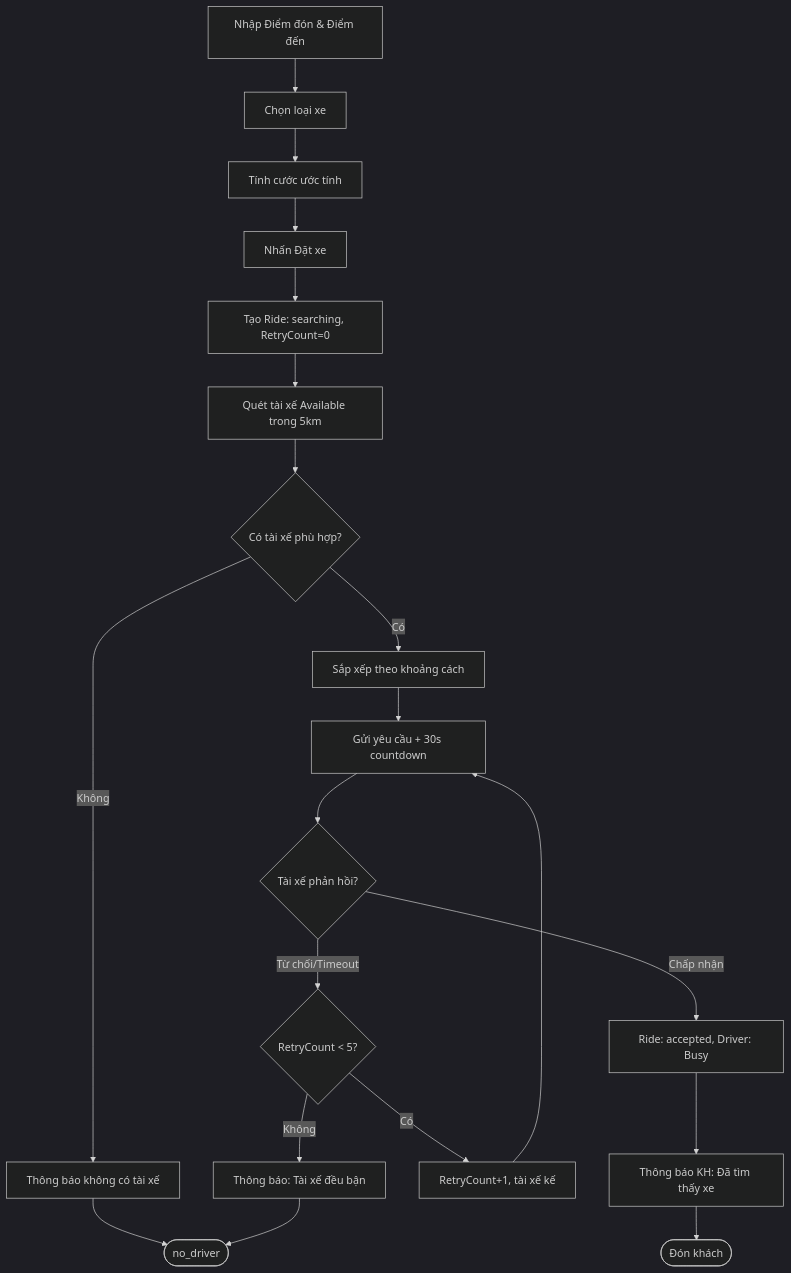
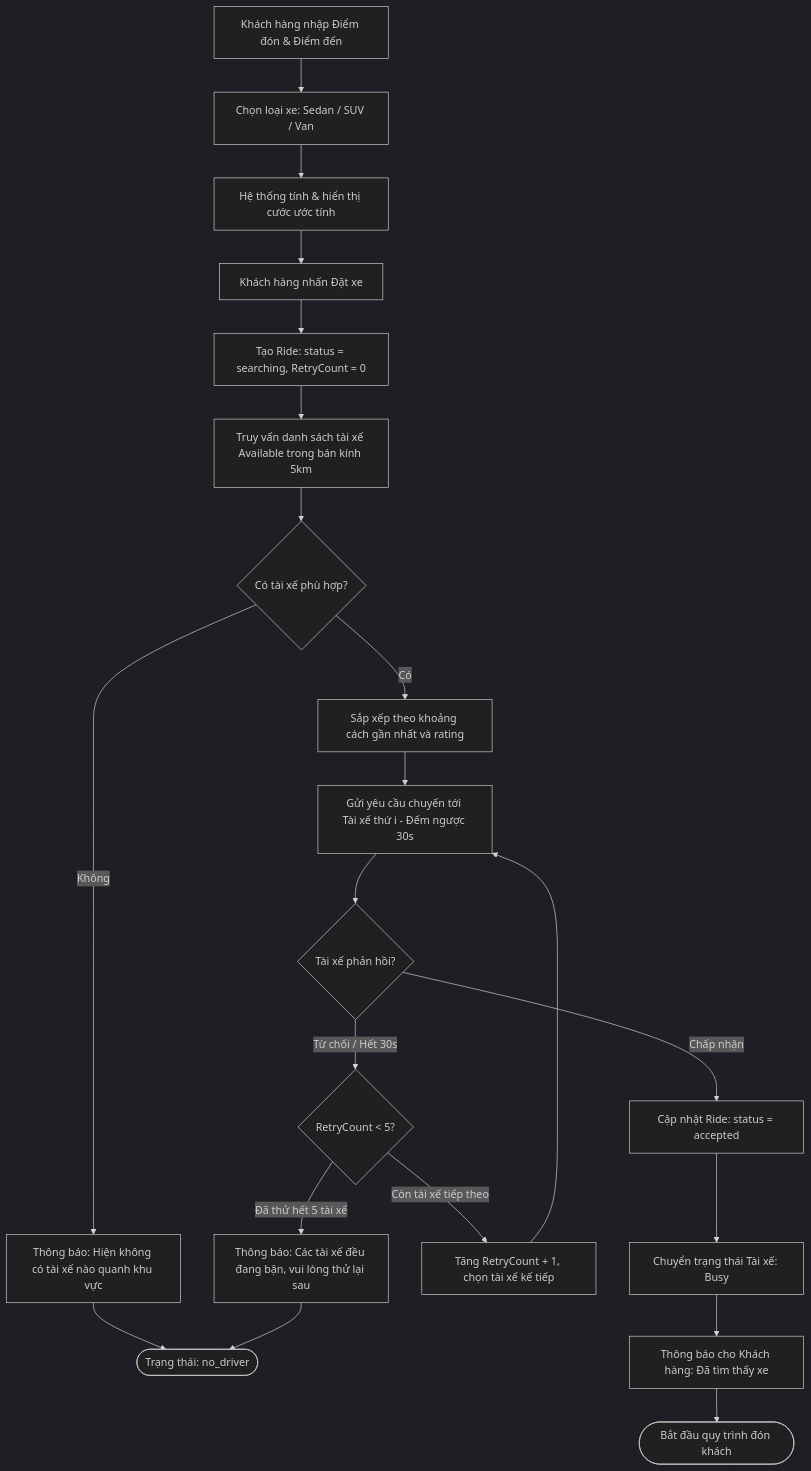
One commit to toru12030-netizen/23732061_MaiQuocHung_CabSystem changed the eighth of 16 diagrams in srs.md. Above: the diagram before and after it, drawn with Mermaid (dark theme). The commit also changed other lines of this file and 1 other file, not shown here.

Commit message:
Cập nhật nội dung srs

````diff
--- a/srs.md
+++ b/srs.md
@@ -452,22 +760,29 @@
 ```mermaid
 flowchart TD
-    A[Nhập Điểm đón & Điểm đến] --> B[Chọn loại xe]
-    B --> C[Tính cước ước tính]
-    C --> D[Nhấn Đặt xe]
-    D --> E[Tạo Ride: searching, RetryCount=0]
-    E --> F[Quét tài xế Available trong 5km]
+    A[Khách hàng nhập Điểm đón & Điểm đến] --> B[Chọn loại xe: Sedan / SUV / Van]
+    B --> C[Hệ thống tính & hiển thị cước ước tính]
+    C --> D[Khách hàng nhấn Đặt xe]
+    D --> E[Tạo Ride: status = searching, RetryCount = 0]
+    
+    E --> F[Truy vấn danh sách tài xế Available trong bán kính 5km]
     F --> G{Có tài xế phù hợp?}
-    G -- Không --> NoDrv[Thông báo không có tài xế]
-    NoDrv --> EndFail([no_driver])
-    G -- Có --> SortDrv[Sắp xếp theo khoảng cách]
-    SortDrv --> SendReq[Gửi yêu cầu + 30s countdown]
+    
+    G -- Không --> NoDrv[Thông báo: Hiện không có tài xế nào quanh khu vực]
+    NoDrv --> EndFail([Trạng thái: no_driver])
+    
+    G -- Có --> SortDrv[Sắp xếp theo khoảng cách gần nhất và rating]
+    SortDrv --> SendReq[Gửi yêu cầu chuyến tới Tài xế thứ i - Đếm ngược 30s]
+    
     SendReq --> WaitResp{Tài xế phản hồi?}
-    WaitResp -- Chấp nhận --> Accept[Ride: accepted, Driver: Busy]
-    Accept --> Notify[Thông báo KH: Đã tìm thấy xe]
-    Notify --> EndSuccess([Đón khách])
-    WaitResp -- Từ chối/Timeout --> CheckRetry{RetryCount < 5?}
-    CheckRetry -- Có --> NextDrv[RetryCount+1, tài xế kế]
+    
+    WaitResp -- Chấp nhận --> Accept[Cập nhật Ride: status = accepted]
+    Accept --> SetDrvBusy[Chuyển trạng thái Tài xế: Busy]
+    SetDrvBusy --> NotifyMatched[Thông báo cho Khách hàng: Đã tìm thấy xe]
+    NotifyMatched --> EndSuccess([Bắt đầu quy trình đón khách])
+    
+    WaitResp -- Từ chối / Hết 30s --> CheckRetry{RetryCount < 5?}
+    CheckRetry -- Còn tài xế tiếp theo --> NextDrv[Tăng RetryCount + 1, chọn tài xế kế tiếp]
     NextDrv --> SendReq
-    CheckRetry -- Không --> MaxFail[Thông báo: Tài xế đều bận]
+    CheckRetry -- Đã thử hết 5 tài xế --> MaxFail[Thông báo: Các tài xế đều đang bận, vui lòng thử lại sau]
     MaxFail --> EndFail
 ```
````
